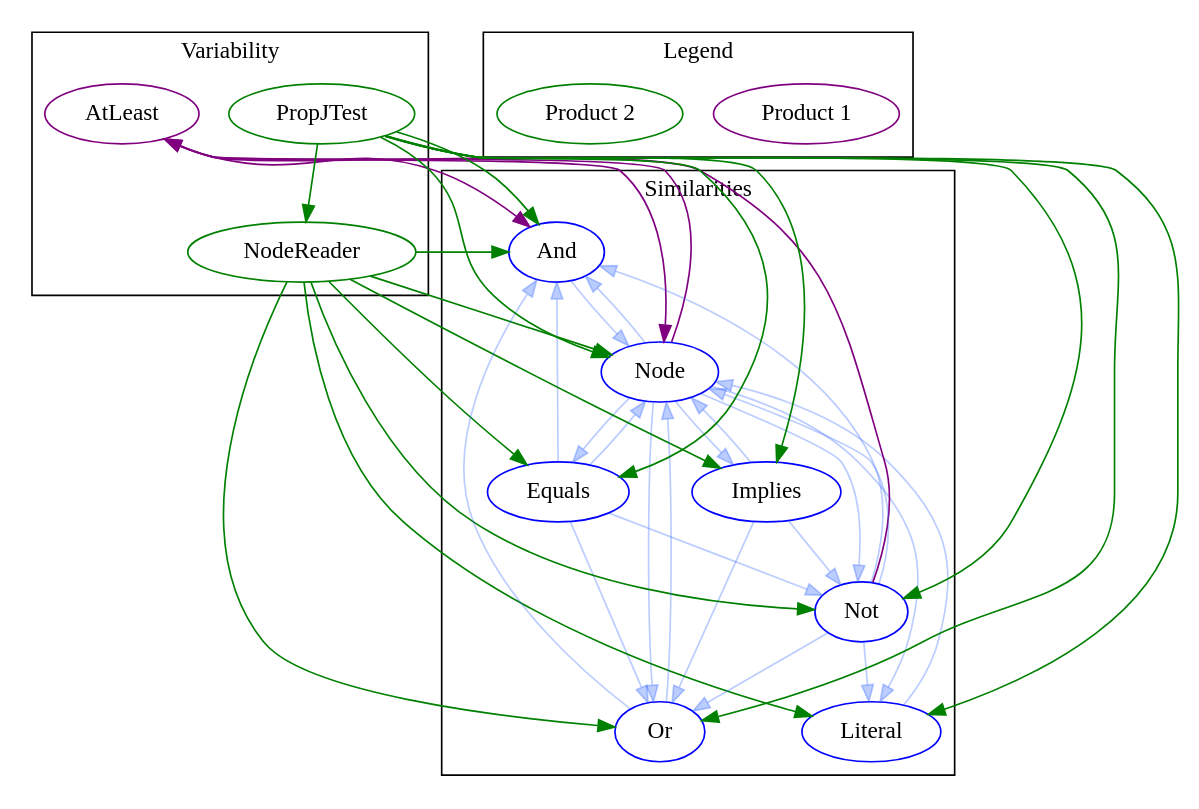
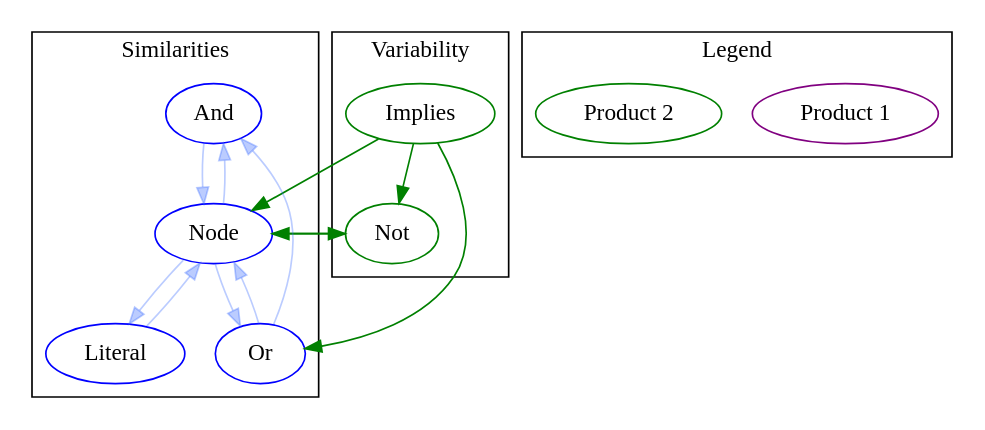
The diagram in mergedproduct.dot (MPassos/PLAR-Tool), drawn with Graphviz before and after one commit. The commit also changed 3 other files, not shown here.

```diff
--- a/mergedproduct.dot
+++ b/mergedproduct.dot
@@ -1,75 +1,39 @@
 digraph G {
-size= "17,17";
+size= "10,10";
 rotate = 180;
 "And"[label="And",shape=ellipse,color=blue,fontcolor=black,style=""];
-"AtLeast"[label="AtLeast",shape=ellipse,color=purple,fontcolor=black,style=""];
-"Equals"[label="Equals",shape=ellipse,color=blue,fontcolor=black,style=""];
-"Implies"[label="Implies",shape=ellipse,color=blue,fontcolor=black,style=""];
+"Implies"[label="Implies",shape=ellipse,color=green,fontcolor=black,style=""];
 "Literal"[label="Literal",shape=ellipse,color=blue,fontcolor=black,style=""];
 "Node"[label="Node",shape=ellipse,color=blue,fontcolor=black,style=""];
-"NodeReader"[label="NodeReader",shape=ellipse,color=green,fontcolor=black,style=""];
-"Not"[label="Not",shape=ellipse,color=blue,fontcolor=black,style=""];
+"Not"[label="Not",shape=ellipse,color=green,fontcolor=black,style=""];
 "Or"[label="Or",shape=ellipse,color=blue,fontcolor=black,style=""];
-"PropJTest"[label="PropJTest",shape=ellipse,color=green,fontcolor=black,style=""];
 "And" -> "Node" [color="#3366FF55",font=6];
-"AtLeast" -> "And" [color=purple,font=6];
-"AtLeast" -> "Node" [color=purple,font=6];
-"Equals" -> "And" [color="#3366FF55",font=6];
-"Equals" -> "Node" [color="#3366FF55",font=6];
-"Equals" -> "Not" [color="#3366FF55",font=6];
-"Equals" -> "Or" [color="#3366FF55",font=6];
-"Implies" -> "Node" [color="#3366FF55",font=6];
-"Implies" -> "Not" [color="#3366FF55",font=6];
-"Implies" -> "Or" [color="#3366FF55",font=6];
+"Implies" -> "Node" [color=green,font=6];
+"Implies" -> "Not" [color=green,font=6];
+"Implies" -> "Or" [color=green,font=6];
 "Literal" -> "Node" [color="#3366FF55",font=6];
 "Node" -> "And" [color="#3366FF55",font=6];
-"Node" -> "AtLeast" [color=purple,font=6];
-"Node" -> "Equals" [color="#3366FF55",font=6];
-"Node" -> "Implies" [color="#3366FF55",font=6];
 "Node" -> "Literal" [color="#3366FF55",font=6];
-"Node" -> "Not" [color="#3366FF55",font=6];
+"Node" -> "Not" [color=green,font=6];
 "Node" -> "Or" [color="#3366FF55",font=6];
-"NodeReader" -> "And" [color=green,font=6];
-"NodeReader" -> "Equals" [color=green,font=6];
-"NodeReader" -> "Implies" [color=green,font=6];
-"NodeReader" -> "Literal" [color=green,font=6];
-"NodeReader" -> "Node" [color=green,font=6];
-"NodeReader" -> "Not" [color=green,font=6];
-"NodeReader" -> "Or" [color=green,font=6];
-"Not" -> "And" [color="#3366FF55",font=6];
-"Not" -> "AtLeast" [color=purple,font=6];
-"Not" -> "Literal" [color="#3366FF55",font=6];
-"Not" -> "Node" [color="#3366FF55",font=6];
-"Not" -> "Or" [color="#3366FF55",font=6];
+"Not" -> "Node" [color=green,font=6];
 "Or" -> "And" [color="#3366FF55",font=6];
 "Or" -> "Node" [color="#3366FF55",font=6];
-"PropJTest" -> "And" [color=green,font=6];
-"PropJTest" -> "Equals" [color=green,font=6];
-"PropJTest" -> "Implies" [color=green,font=6];
-"PropJTest" -> "Literal" [color=green,font=6];
-"PropJTest" -> "Node" [color=green,font=6];
-"PropJTest" -> "NodeReader" [color=green,font=6];
-"PropJTest" -> "Not" [color=green,font=6];
-"PropJTest" -> "Or" [color=green,font=6];
 subgraph cluster_0{
 label = "Variability";
-"AtLeast";
-"NodeReader";
-"PropJTest";
+"Implies";
+"Not";
 }
 subgraph cluster_1{
 label = "Similarities" ;
 "And";
-"Equals";
-"Implies";
 "Literal";
 "Node";
-"Not";
 "Or";
 }
 subgraph cluster_2{
 label = "Legend" ;
 "Product 1"[color=purple];
  "Product 2"[color=green];
  }
 }
```
